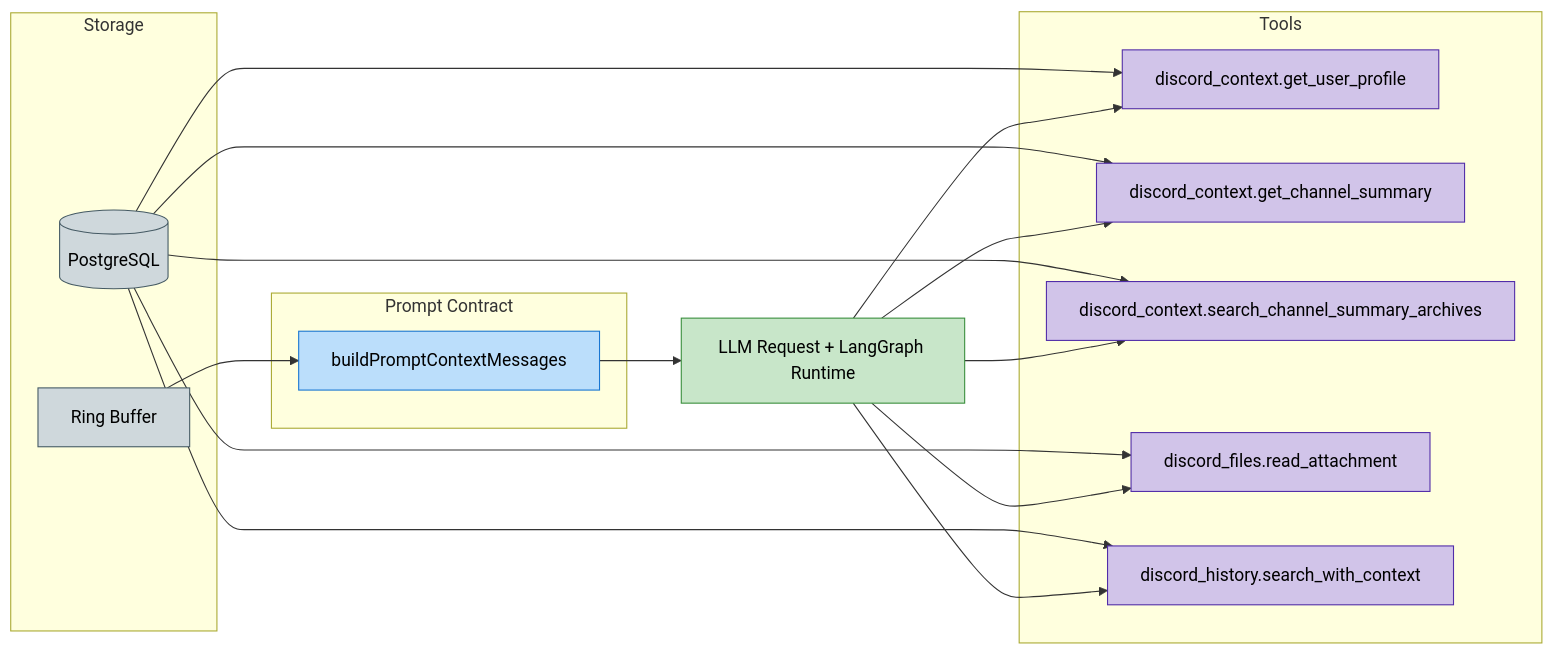
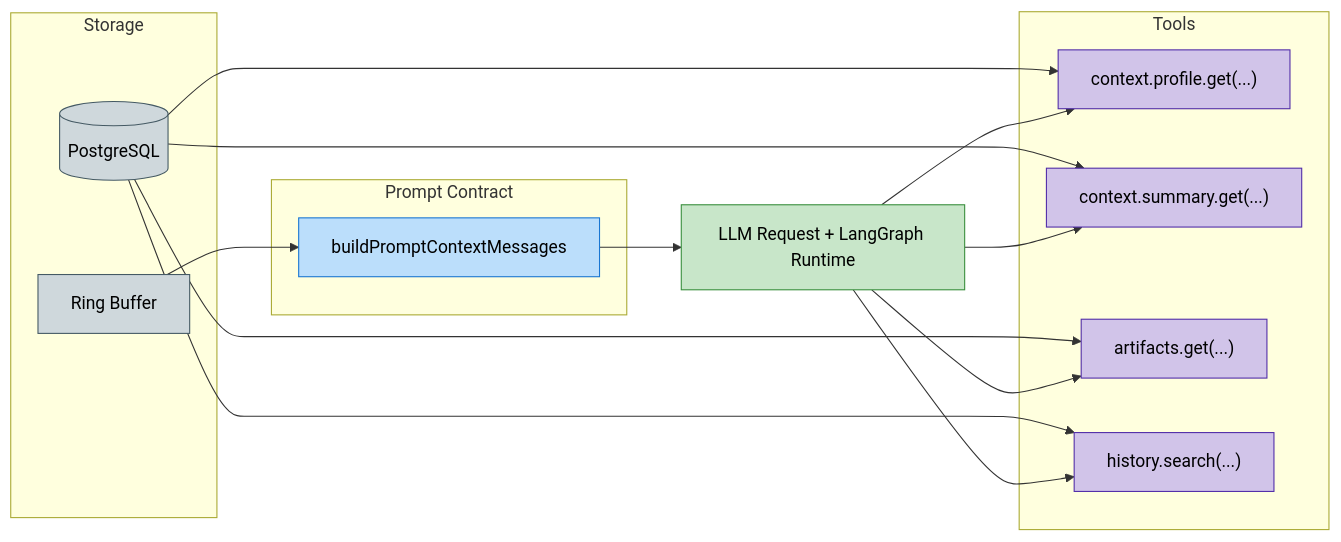
One commit to BokX1/Sage changed the diagram in docs/architecture/MEMORY.md. Above: the diagram before and after it, drawn with Mermaid. The commit also changed other lines of this file and 58 other files, not shown here.

````diff
--- a/docs/architecture/MEMORY.md
+++ b/docs/architecture/MEMORY.md
@@ -64,37 +64,34 @@
 ```mermaid
 flowchart LR
     classDef storage fill:#cfd8dc,stroke:#455a64,color:black
     classDef tools fill:#d1c4e9,stroke:#512da8,color:black
     classDef builder fill:#bbdefb,stroke:#1976d2,color:black
     classDef llm fill:#c8e6c9,stroke:#388e3c,color:black
 
     subgraph Storage
         DB[(PostgreSQL)]:::storage
         RB[Ring Buffer]:::storage
     end
 
     subgraph Tools
-        U[discord_context.get_user_profile]:::tools
-        C[discord_context.get_channel_summary]:::tools
-        A[discord_context.search_channel_summary_archives]:::tools
-        F[discord_files.read_attachment]:::tools
-        H[discord_history.search_with_context]:::tools
+        U["context.profile.get(...)"]:::tools
+        C["context.summary.get(...)"]:::tools
+        F["artifacts.get(...)"]:::tools
+        H["history.search(...)"]:::tools
     end
 
     subgraph Builder["Prompt Contract"]
         MB[buildPromptContextMessages]:::builder
     end
 
     RB --> MB
     MB --> LLM[LLM Request + LangGraph Runtime]:::llm
     DB --> U
     DB --> C
-    DB --> A
     DB --> F
     DB --> H
     LLM --> U
     LLM --> C
-    LLM --> A
     LLM --> F
     LLM --> H
 ```
````
